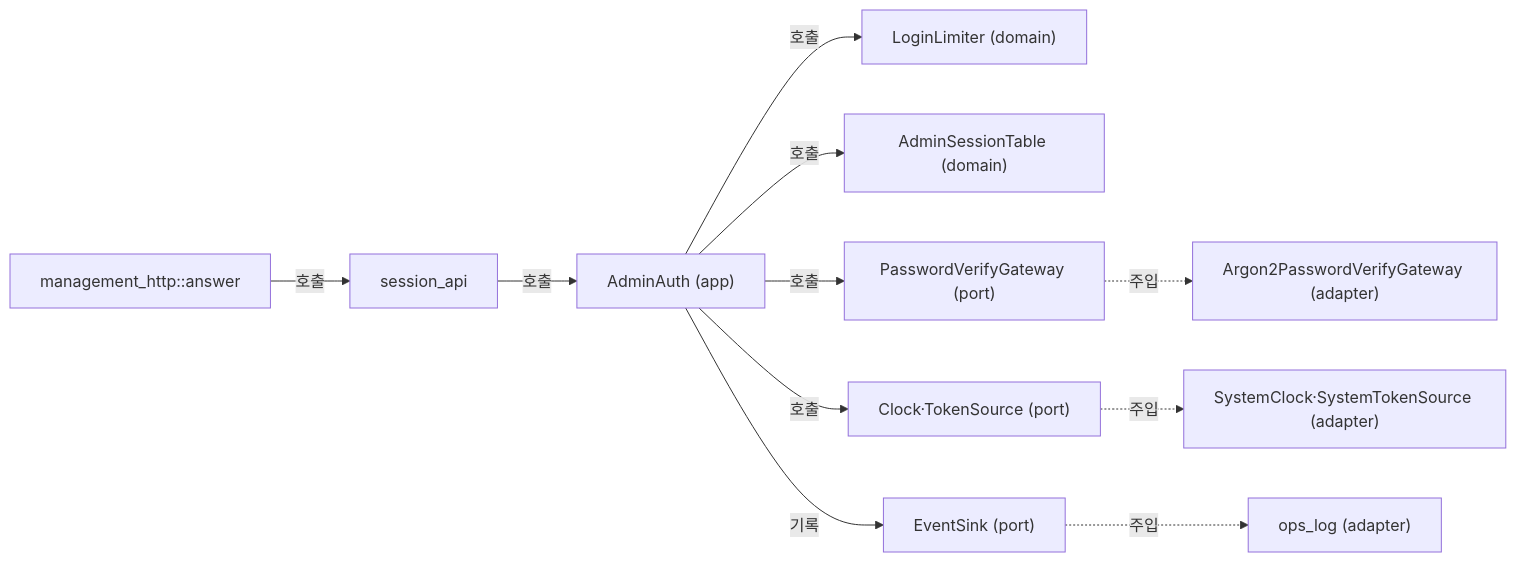
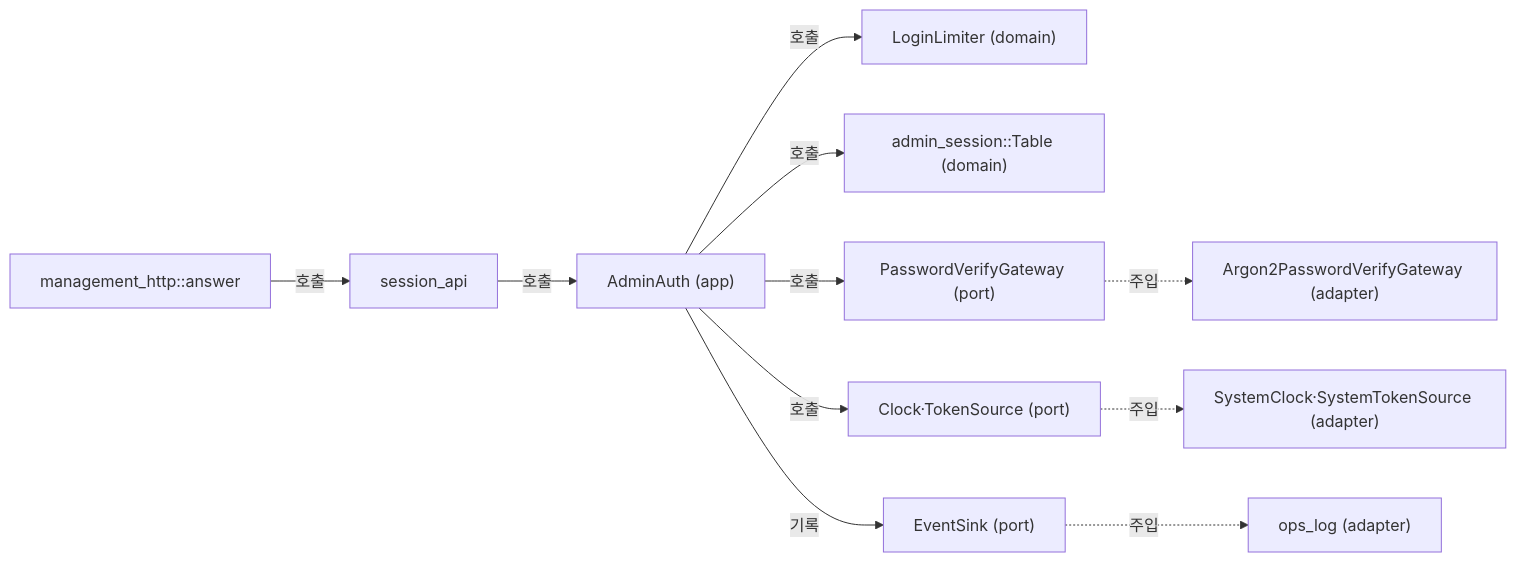
Before and after one commit to kayden-kim/vnc-relay: the diagram in docs/architectures/management-session.md, drawn with Mermaid. The commit also changed other lines of this file and 203 other files, not shown here.

````diff
--- a/docs/architectures/management-session.md
+++ b/docs/architectures/management-session.md
@@ -39,13 +39,13 @@
 ```mermaid
 flowchart LR
     H["management_http::answer"] -->|"호출"| S["session_api"]
     S -->|"호출"| A["AdminAuth (app)"]
     A -->|"호출"| L["LoginLimiter (domain)"]
-    A -->|"호출"| T["AdminSessionTable (domain)"]
+    A -->|"호출"| T["admin_session::Table (domain)"]
     A -->|"호출"| P["PasswordVerifyGateway (port)"]
     A -->|"호출"| K["Clock·TokenSource (port)"]
     A -->|"기록"| E["EventSink (port)"]
     P -.->|"주입"| V["Argon2PasswordVerifyGateway (adapter)"]
     K -.->|"주입"| C["SystemClock·SystemTokenSource (adapter)"]
     E -.->|"주입"| O["ops_log (adapter)"]
 ```
````
